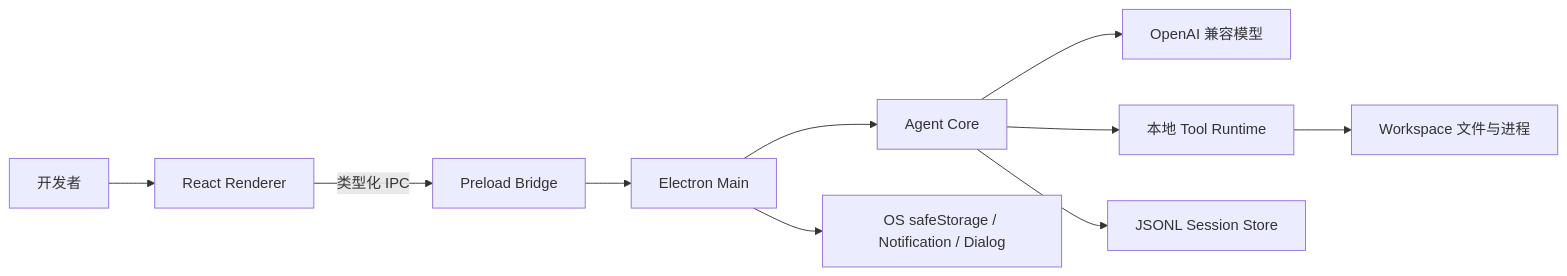
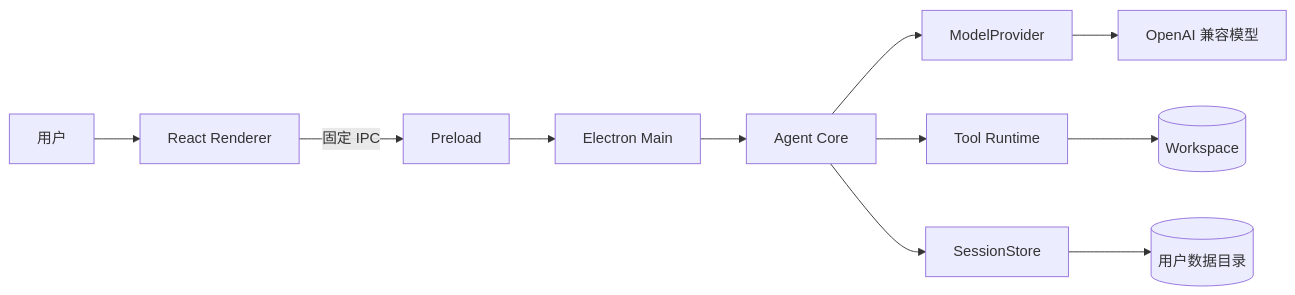
One commit to shenhaideyu/SeeCoder changed the diagram in docs/02-软件系统设计与架构.md. Above: the diagram before and after it, drawn with Mermaid. The commit also changed other lines of this file and 35 other files, not shown here.

Commit message:
docs: consolidate architecture guide and submission overview

````diff
--- a/docs/02-软件系统设计与架构.md
+++ b/docs/02-软件系统设计与架构.md
@@ -11,12 +11,13 @@
 ```mermaid
 flowchart LR
-    U[开发者] --> R[React Renderer]
-    R -->|类型化 IPC| P[Preload Bridge]
-    P --> M[Electron Main]
-    M --> C[Agent Core]
-    C --> L[OpenAI 兼容模型]
-    C --> T[本地 Tool Runtime]
-    T --> W[Workspace 文件与进程]
-    C --> S[JSONL Session Store]
-    M --> O[OS safeStorage / Notification / Dialog]
+  U[用户] --> R[React Renderer]
+  R -->|固定 IPC| P[Preload]
+  P --> M[Electron Main]
+  M --> C[Agent Core]
+  C --> MP[ModelProvider]
+  C --> T[Tool Runtime]
+  C --> S[SessionStore]
+  MP --> L[OpenAI 兼容模型]
+  T --> W[(Workspace)]
+  S --> D[(用户数据目录)]
 ```
````
